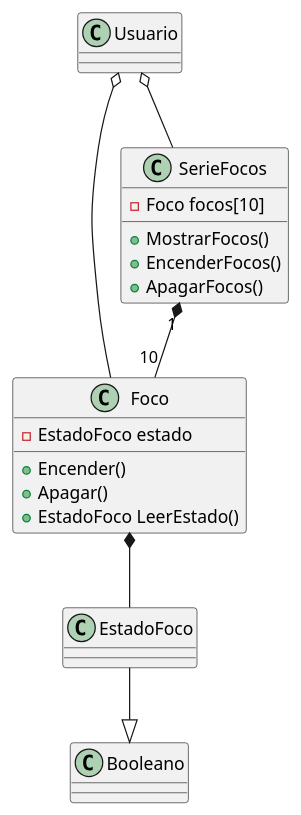
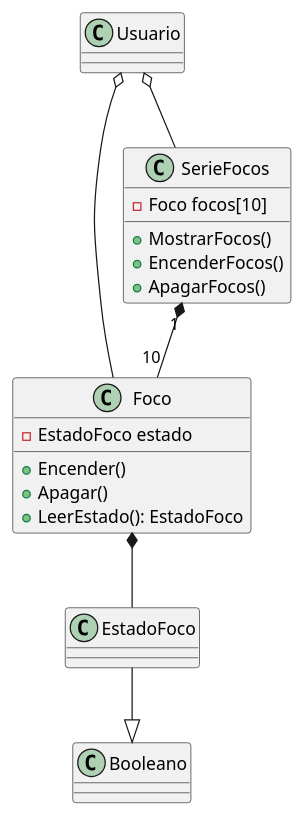
One commit to carolinaprian/3E261-SegundoParcial changed the diagram in docs/Foco.puml. Above: the diagram before and after it, drawn with PlantUML. The commit also changed 3 other files, not shown here.

```diff
--- a/docs/Foco.puml
+++ b/docs/Foco.puml
@@ -1,27 +1,27 @@
 @startuml Foco
 
 class Usuario
 
 class Foco{
     - EstadoFoco estado
     + Encender()
     + Apagar()
-    + EstadoFoco LeerEstado()
+    + LeerEstado(): EstadoFoco
 }
 
 class EstadoFoco
 
 class SerieFocos{
     - Foco focos[10]
     + MostrarFocos()
     + EncenderFocos()
     + ApagarFocos()
 }
 
 Usuario o-- Foco
 Foco *-- EstadoFoco
 EstadoFoco --|> Booleano
 SerieFocos "1" *-- "10" Foco
 Usuario o-- SerieFocos
 
 @enduml
```
